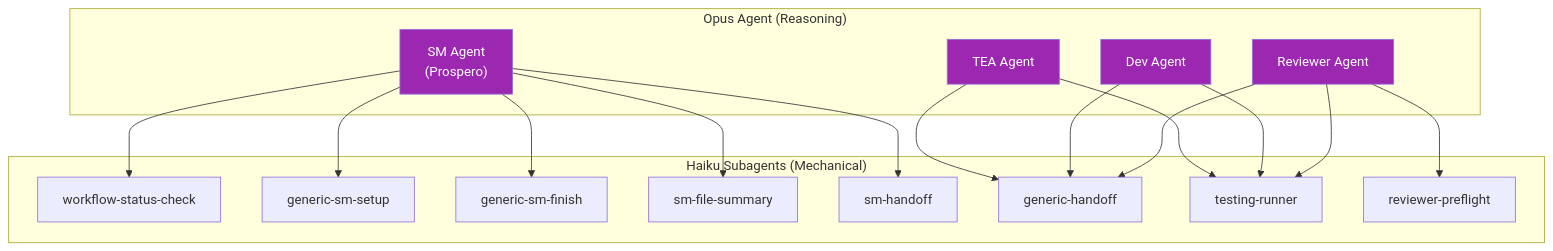
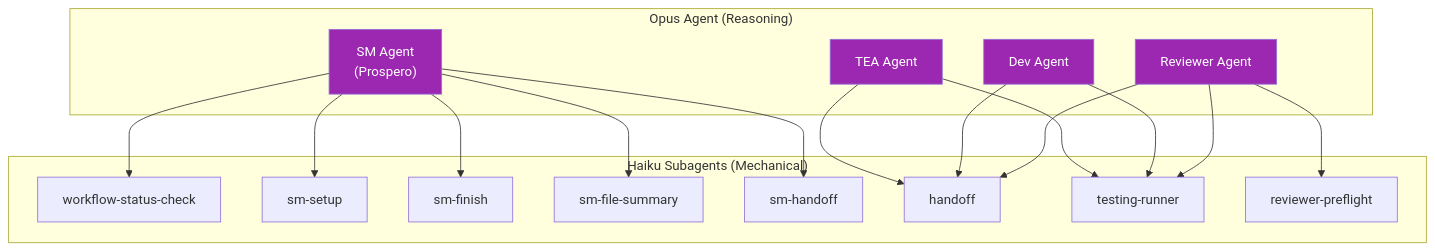
One commit to slabgorb/pennyfarthing changed the third of 9 diagrams in docs/TDD-FLOW-DIAGRAMS.md. Above: the diagram before and after it, drawn with Mermaid. The commit also changed other lines of this file and 49 other files, not shown here.

````diff
--- a/docs/TDD-FLOW-DIAGRAMS.md
+++ b/docs/TDD-FLOW-DIAGRAMS.md
@@ -100,41 +100,41 @@
 ```mermaid
 flowchart TB
     subgraph "Opus Agent (Reasoning)"
         SM["SM Agent<br/>(Prospero)"]
         TEA_A["TEA Agent"]
         DEV_A["Dev Agent"]
         REV_A["Reviewer Agent"]
     end
 
     subgraph "Haiku Subagents (Mechanical)"
         WSC["workflow-status-check"]
-        GSS["generic-sm-setup"]
-        GSF["generic-sm-finish"]
+        GSS["sm-setup"]
+        GSF["sm-finish"]
         SFS["sm-file-summary"]
         SMH["sm-handoff"]
-        GH["generic-handoff"]
+        GH["handoff"]
         TR["testing-runner"]
         RP["reviewer-preflight"]
     end
 
     SM --> WSC
     SM --> GSS
     SM --> GSF
     SM --> SFS
     SM --> SMH
 
     TEA_A --> GH
     TEA_A --> TR
 
     DEV_A --> GH
     DEV_A --> TR
 
     REV_A --> RP
     REV_A --> GH
     REV_A --> TR
 
     style SM fill:#9c27b0,color:white
     style TEA_A fill:#9c27b0,color:white
     style DEV_A fill:#9c27b0,color:white
     style REV_A fill:#9c27b0,color:white
 ```
````
